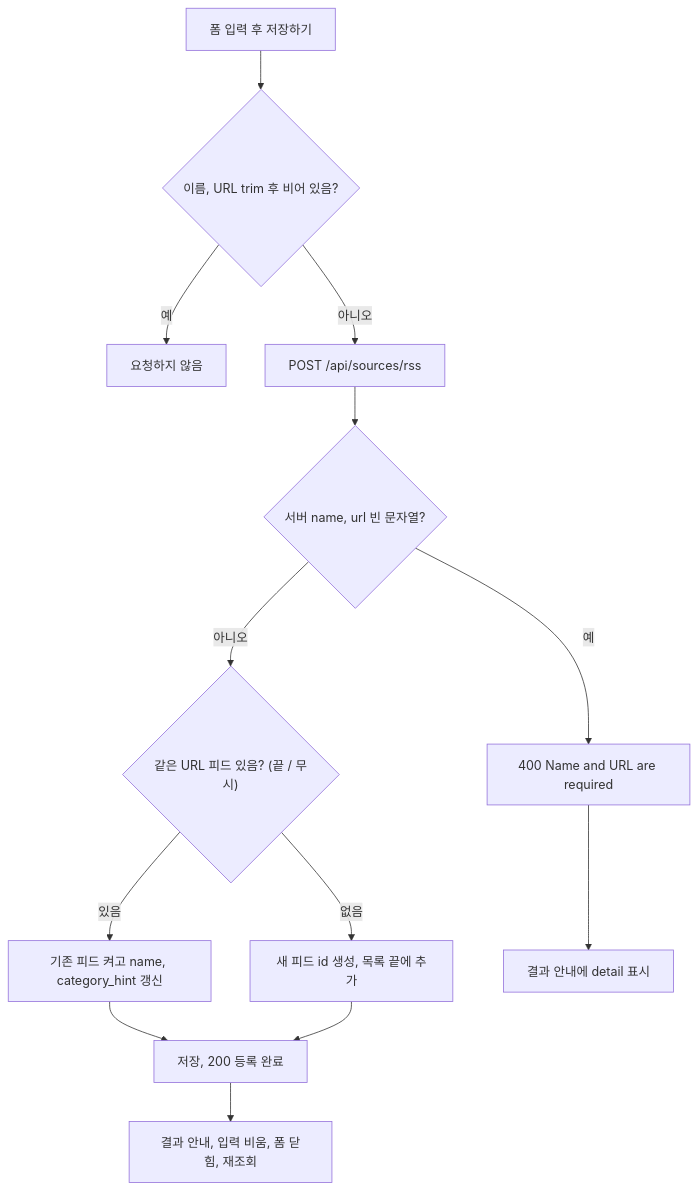
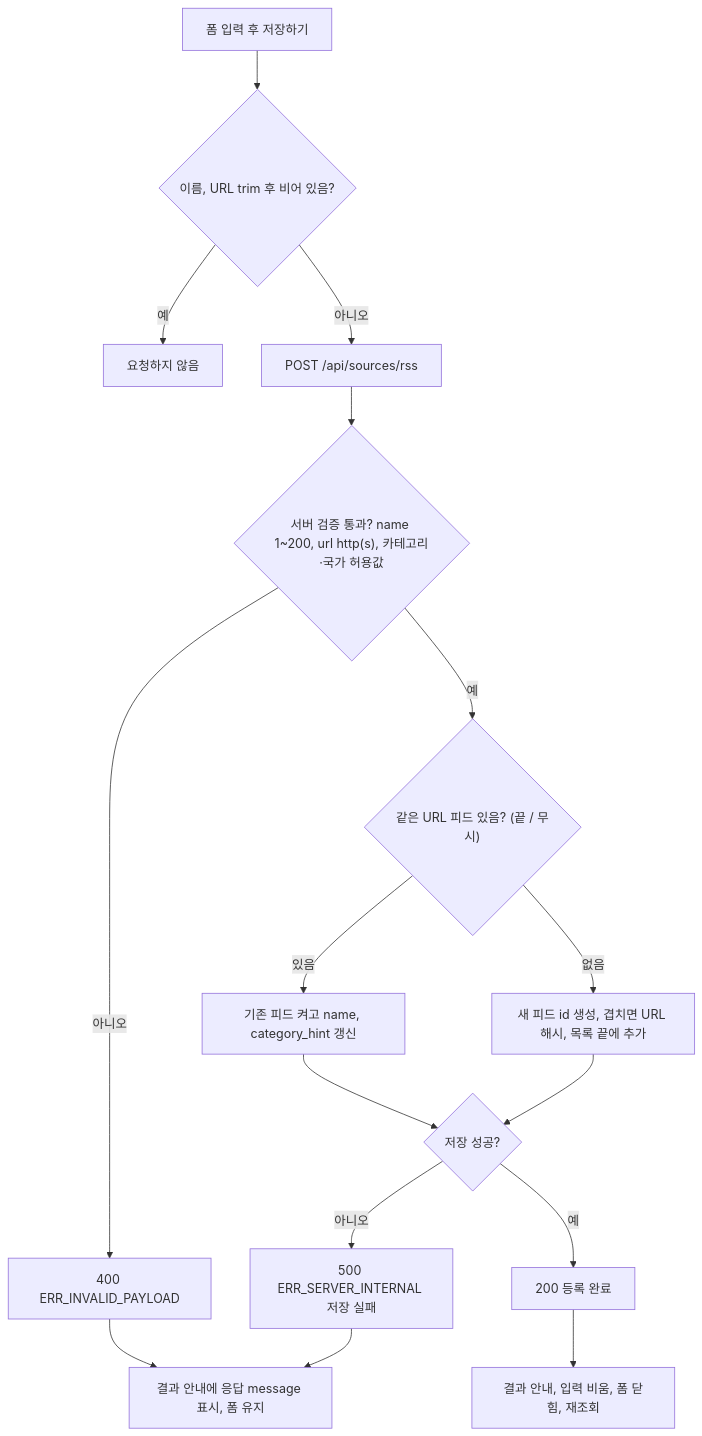
Before and after one commit to ozplayground/agent-lens: the fourth of 14 diagrams in docs/spec-writer/fsd/05_SOURCES_AND_RESEARCH_SPECIFICATION.md, drawn with Mermaid. The commit also changed other lines of this file and 216 other files, not shown here.

````diff
--- a/docs/spec-writer/fsd/05_SOURCES_AND_RESEARCH_SPECIFICATION.md
+++ b/docs/spec-writer/fsd/05_SOURCES_AND_RESEARCH_SPECIFICATION.md
@@ -300,15 +309,18 @@
 ```mermaid
 flowchart TD
     A["폼 입력 후 저장하기"] --> B{"이름, URL trim 후 비어 있음?"}
     B -->|예| C["요청하지 않음"]
     B -->|아니오| D["POST /api/sources/rss"]
-    D --> E{"서버 name, url 빈 문자열?"}
-    E -->|예| F["400 Name and URL are required"]
-    E -->|아니오| G{"같은 URL 피드 있음? (끝 / 무시)"}
+    D --> E{"서버 검증 통과? name 1~200, url http(s), 카테고리·국가 허용값"}
+    E -->|아니오| F["400 ERR_INVALID_PAYLOAD"]
+    E -->|예| G{"같은 URL 피드 있음? (끝 / 무시)"}
     G -->|있음| H["기존 피드 켜고 name, category_hint 갱신"]
-    G -->|없음| I["새 피드 id 생성, 목록 끝에 추가"]
-    H --> J["저장, 200 등록 완료"]
-    I --> J
+    G -->|없음| I["새 피드 id 생성, 겹치면 URL 해시, 목록 끝에 추가"]
+    H --> S{"저장 성공?"}
+    I --> S
+    S -->|예| J["200 등록 완료"]
+    S -->|아니오| F2["500 ERR_SERVER_INTERNAL 저장 실패"]
     J --> K["결과 안내, 입력 비움, 폼 닫힘, 재조회"]
-    F --> L["결과 안내에 detail 표시"]
+    F --> L["결과 안내에 응답 message 표시, 폼 유지"]
+    F2 --> L
 ```
````
